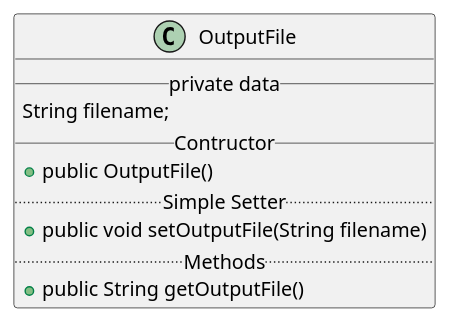
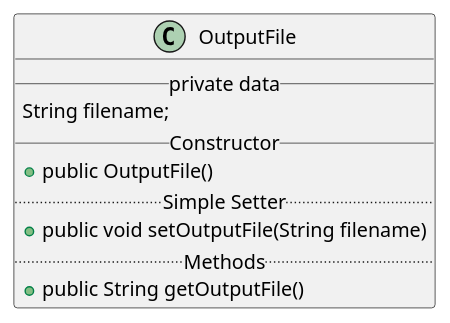
Before and after one commit to psottomayorpereir/sottomayorpereiradasilva-cop3330-assignment3: the diagram in src/main/java/ex45/ex45_UMLDiagram.puml, drawn with PlantUML. The commit also changed 6 other files, not shown here.

```diff
--- a/src/main/java/ex45/ex45_UMLDiagram.puml
+++ b/src/main/java/ex45/ex45_UMLDiagram.puml
@@ -1,12 +1,12 @@
 @startuml
 class OutputFile{
 __private data__
 String filename;
-__Contructor__
+__Constructor__
 +public OutputFile()
 ..Simple Setter..
 +public void setOutputFile(String filename)
 ..Methods..
 +public String getOutputFile()
 }
 @enduml
```
